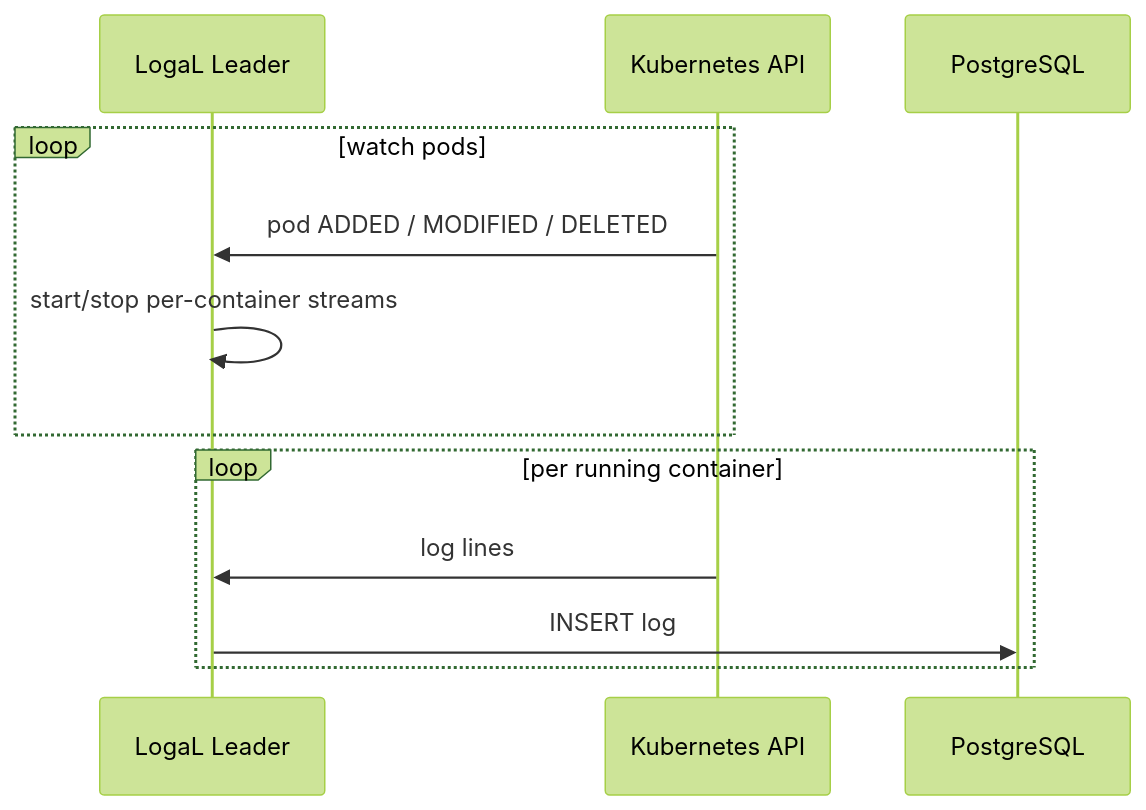
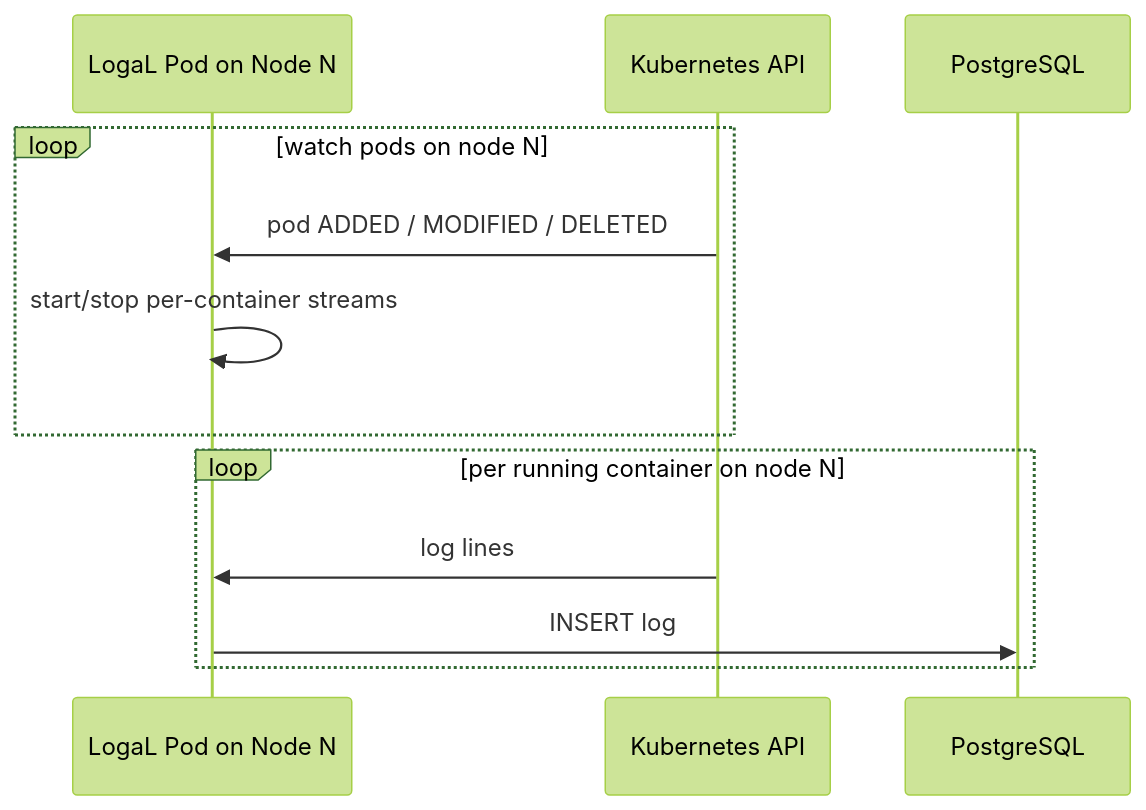
The second of 4 diagrams in README.md (mtommyp14/LogaL), drawn with Mermaid (forest theme) before and after one commit. The commit also changed other lines of this file and 1 other file, not shown here.

Commit message:
refactor: switch to DaemonSet node-aware log collection

````diff
--- a/README.md
+++ b/README.md
@@ -107,15 +83,15 @@
 ```mermaid
 sequenceDiagram
-    participant L as LogaL Leader
+    participant L as LogaL Pod on Node N
     participant K as Kubernetes API
     participant D as PostgreSQL
 
-    loop watch pods
+    loop watch pods on node N
         K->>L: pod ADDED / MODIFIED / DELETED
         L->>L: start/stop per-container streams
     end
-    loop per running container
+    loop per running container on node N
         K->>L: log lines
         L->>D: INSERT log
     end
 ```
````
